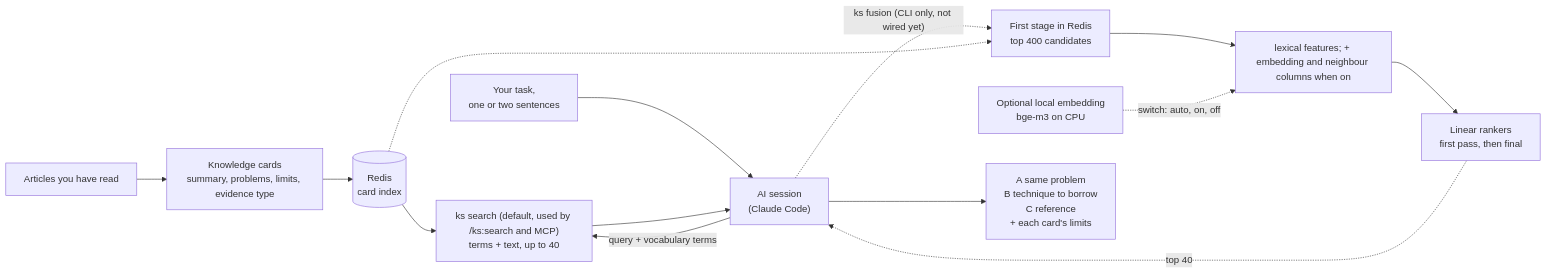
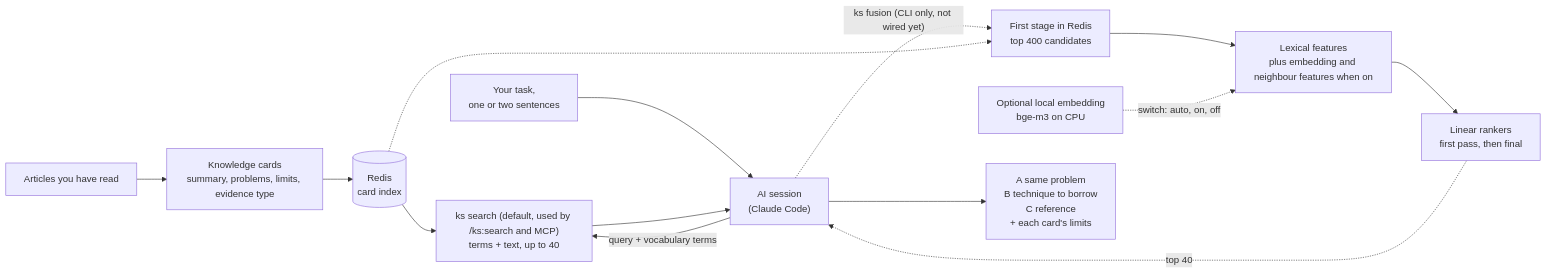
One commit to ai-dev-methodologies/knowledge-scout changed the third of 3 diagrams in README.md. Above: the diagram before and after it, drawn with Mermaid. The commit also changed other lines of this file and 1 other file, not shown here.

First line of the commit message:
docs: README rewritten with writing skills — overview, concept and impact, origin story, architecture

````diff
--- a/README.md
+++ b/README.md
@@ -102,16 +182,16 @@
 ```mermaid
 flowchart LR
     A["Articles you have read"] --> B["Knowledge cards<br/>summary, problems, limits, evidence type"]
     B --> C[("Redis<br/>card index")]
     D["Your task,<br/>one or two sentences"] --> E["AI session<br/>(Claude Code)"]
     E -->|"query + vocabulary terms"| K["ks search (default, used by /ks:search and MCP)<br/>terms + text, up to 40"]
     C --> K
     K --> E
     E -.->|"ks fusion (CLI only, not wired yet)"| G["First stage in Redis<br/>top 400 candidates"]
     C -.-> G
-    G --> H["lexical features; + embedding and neighbour columns when on"]
+    G --> H["Lexical features<br/>plus embedding and neighbour features when on"]
     I["Optional local embedding<br/>bge-m3 on CPU"] -.->|"switch: auto, on, off"| H
     H --> J["Linear rankers<br/>first pass, then final"]
     J -.->|"top 40"| E
     E --> F["A same problem<br/>B technique to borrow<br/>C reference<br/>+ each card's limits"]
 ```
````
